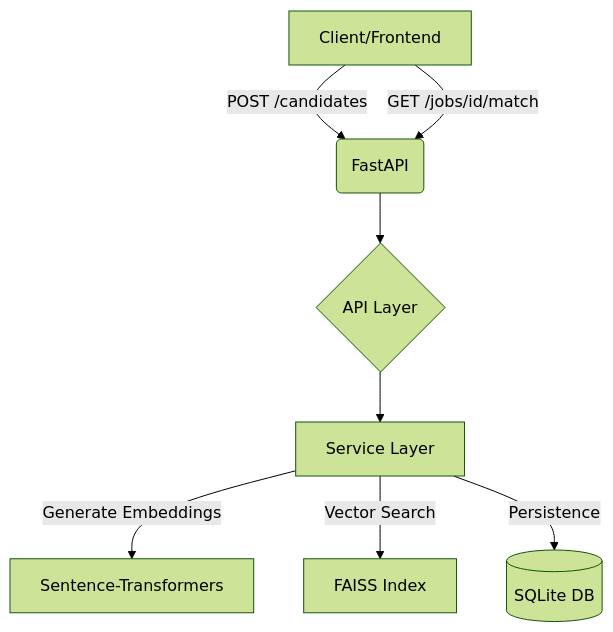
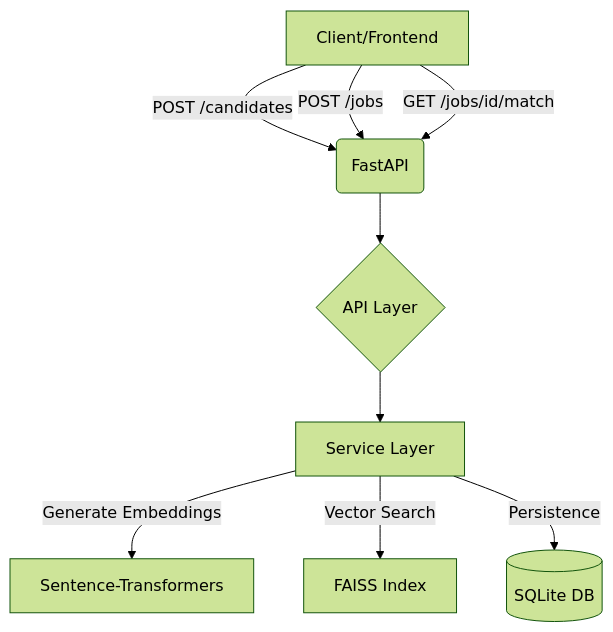
One commit to WaliKhan09/Candidate-Job-Matching-Engine changed the diagram in README.md. Above: the diagram before and after it, drawn with Mermaid (forest theme).

````diff
--- a/README.md
+++ b/README.md
@@ -42,10 +42,11 @@
 ```mermaid
 graph TD
     A[Client/Frontend] -->|POST /candidates| B(FastAPI)
+    A -->|POST /jobs| B
     A -->|GET /jobs/id/match| B
     B --> C{API Layer}
     C --> D[Service Layer]
     D -->|Generate Embeddings| E[Sentence-Transformers]
     D -->|Vector Search| F[FAISS Index]
     D -->|Persistence| G[(SQLite DB)]
 ```
````
